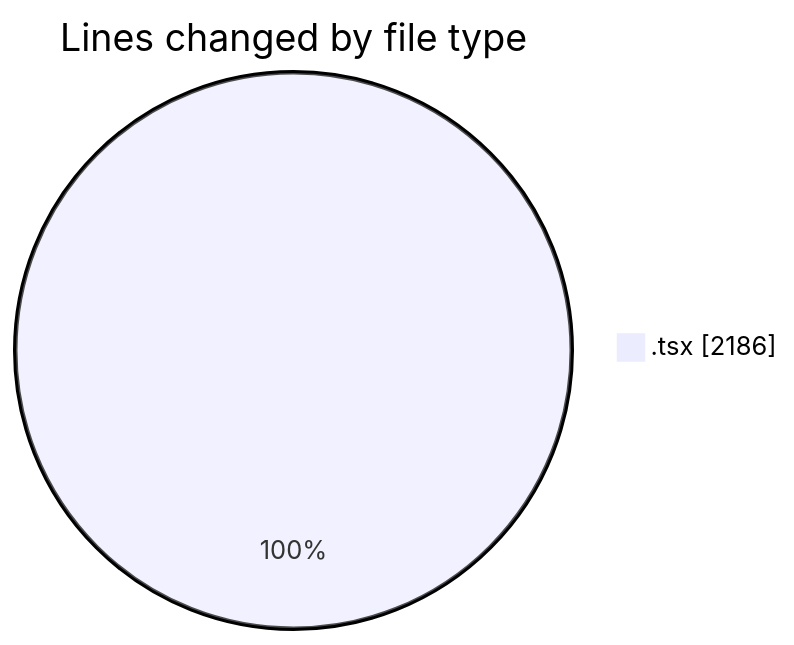
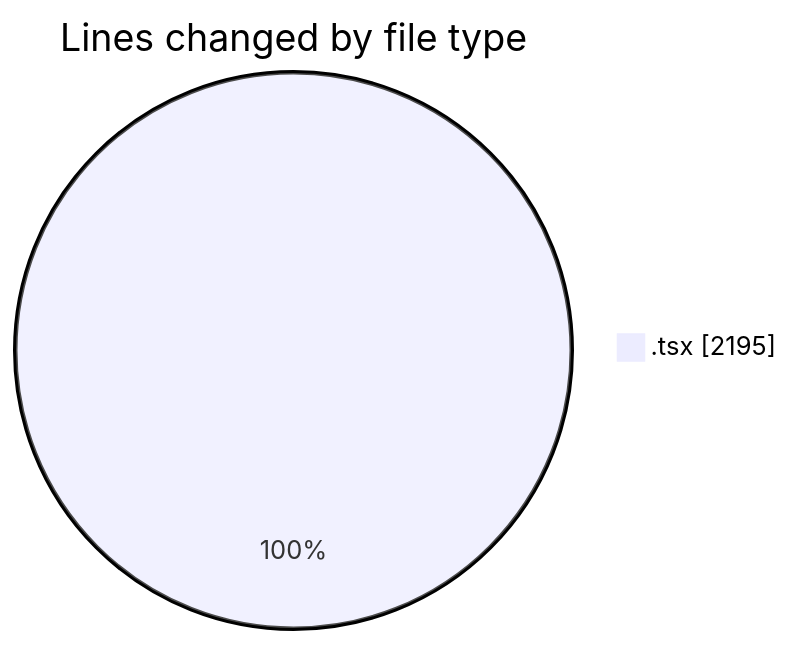
The first of 2 diagrams in 2026-06-24/nxtqube_webapp/README.md (nxtqubesakshisongat/code-tracking), drawn with Mermaid before and after one commit. The commit also changed other lines of this file and 1 other file, not shown here.

````diff
--- a/2026-06-24/nxtqube_webapp/README.md
+++ b/2026-06-24/nxtqube_webapp/README.md
@@ -21,5 +21,5 @@
 ```mermaid
 pie showData
 title Lines changed by file type
-".tsx" : 2186
+".tsx" : 2195
 ```
````
